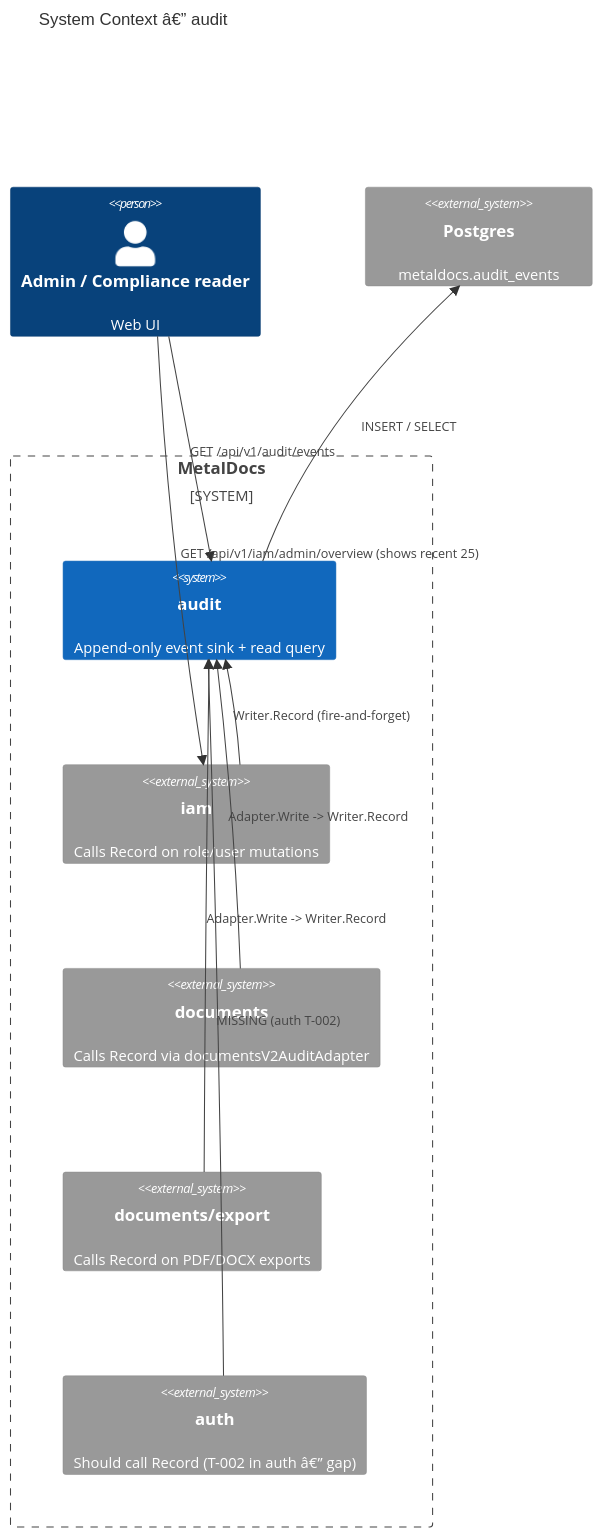
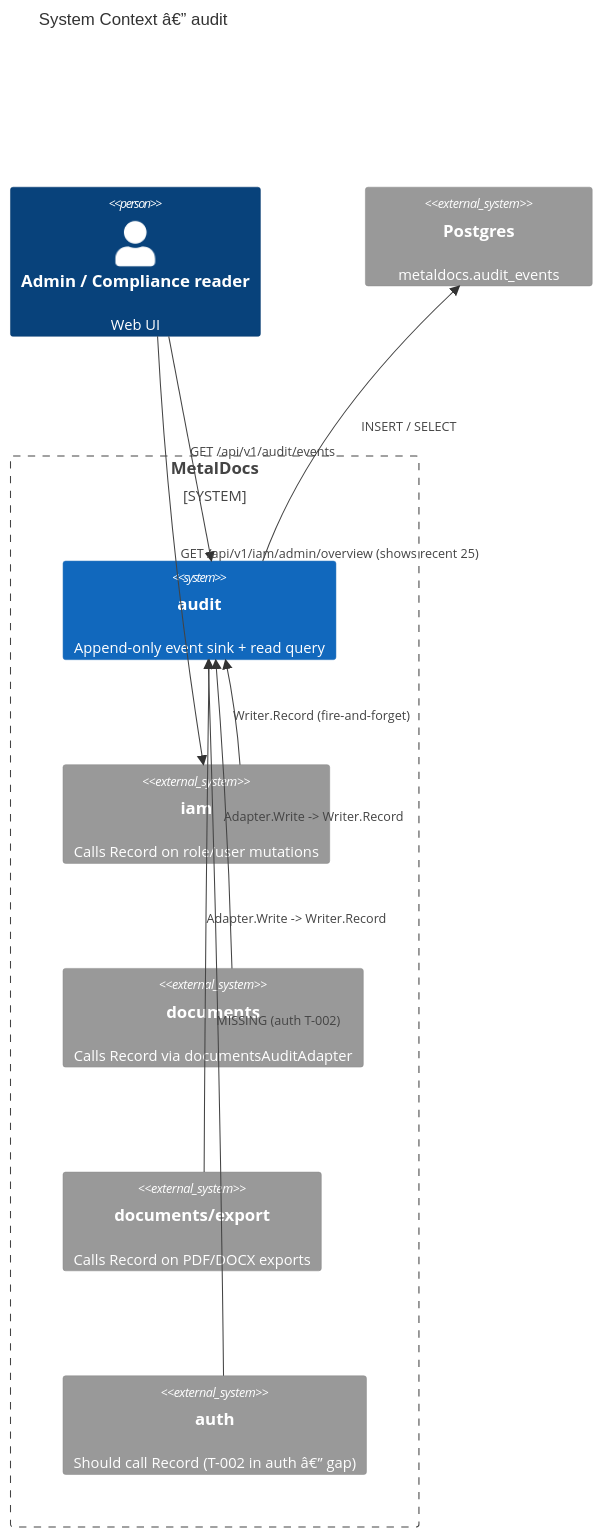
One commit to developmentconexus-ops/MetalDocs changed the first of 5 diagrams in wiki/modules/audit.md. Above: the diagram before and after it, drawn with Mermaid. The commit also changed other lines of this file and 62 other files, not shown here.

````diff
--- a/wiki/modules/audit.md
+++ b/wiki/modules/audit.md
@@ -62,20 +62,20 @@
 ```mermaid
 C4Context
     title System Context â€” audit
     Person(admin, "Admin / Compliance reader", "Web UI")
     System_Boundary(b1, "MetalDocs") {
         System(audit, "audit", "Append-only event sink + read query")
         System_Ext(iam, "iam", "Calls Record on role/user mutations")
-        System_Ext(documents, "documents", "Calls Record via documentsV2AuditAdapter")
+        System_Ext(documents, "documents", "Calls Record via documentsAuditAdapter")
         System_Ext(export, "documents/export", "Calls Record on PDF/DOCX exports")
         System_Ext(auth, "auth", "Should call Record (T-002 in auth â€” gap)")
     }
     System_Ext(pg, "Postgres", "metaldocs.audit_events")
     Rel(admin, audit, "GET /api/v1/audit/events")
     Rel(admin, iam, "GET /api/v1/iam/admin/overview (shows recent 25)")
     Rel(iam, audit, "Writer.Record (fire-and-forget)")
     Rel(documents, audit, "Adapter.Write -> Writer.Record")
     Rel(export, audit, "Adapter.Write -> Writer.Record")
     Rel(auth, audit, "MISSING (auth T-002)")
     Rel(audit, pg, "INSERT / SELECT")
 ```
````
